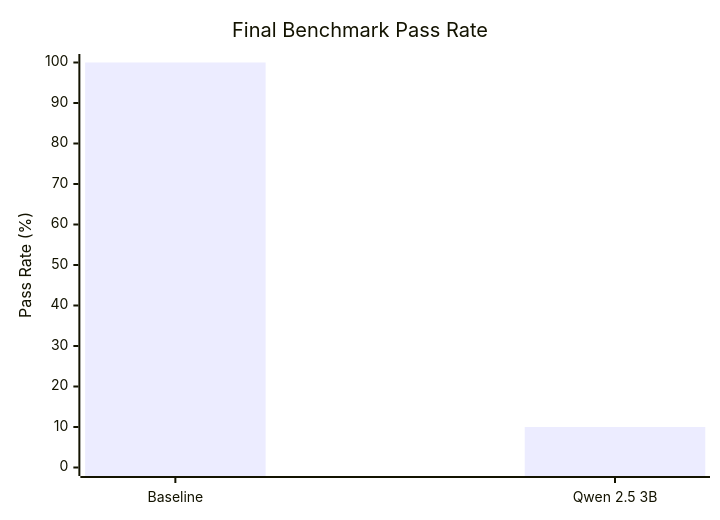
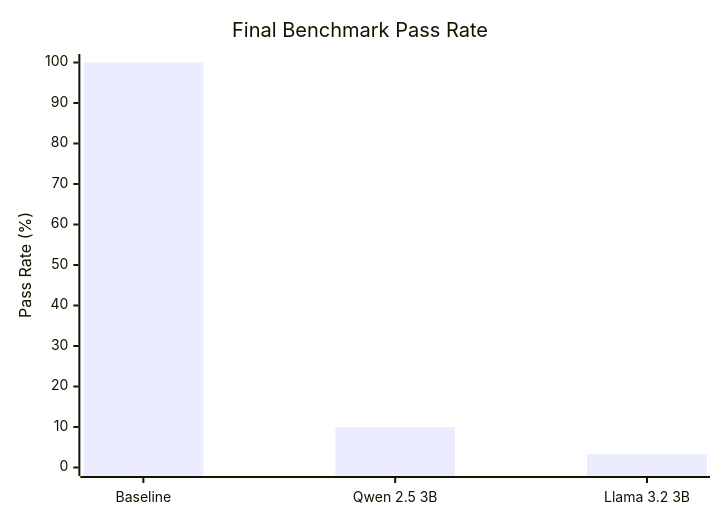
Before and after one commit to aawhan0/TraceBack: the fourth of 5 diagrams in README.md, drawn with Mermaid. The commit also changed other lines of this file, not shown here.

````diff
--- a/README.md
+++ b/README.md
@@ -148,7 +148,7 @@
 ```mermaid
 xychart-beta
     title "Final Benchmark Pass Rate"
-    x-axis ["Baseline", "Qwen 2.5 3B"]
+    x-axis ["Baseline", "Qwen 2.5 3B", "Llama 3.2 3B"]
     y-axis "Pass Rate (%)" 0 --> 100
-    bar [100, 10]
+    bar [100, 10, 3.33]
 ```
````
